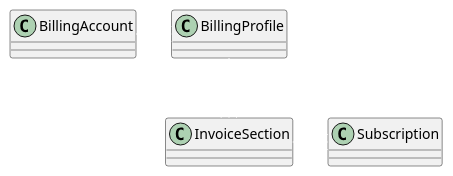
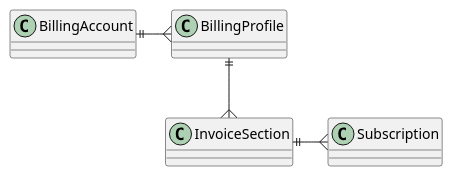
Before and after one commit to 9shahs9/az900: the second of 2 diagrams in core_components/core_components.asciidoc, drawn with PlantUML. The commit also changed other lines of this file, not shown here.

Commit message:
Azure Subscriptions

```diff
--- a/core_components/core_components.asciidoc
+++ b/core_components/core_components.asciidoc
@@ -32,10 +32,10 @@
 [plantuml,Billing,svg]
 ---- 
 @startuml 
 
-    BillingAccount ||-{ BillingProfile  #white
-    BillingProfile ||--{ InvoiceSection #white
-    InvoiceSection ||-{ Subscription #white
+BillingAccount ||-{ BillingProfile  
+BillingProfile ||--{ InvoiceSection 
+InvoiceSection ||-{ Subscription 
 
 @enduml
 ---- 
```
